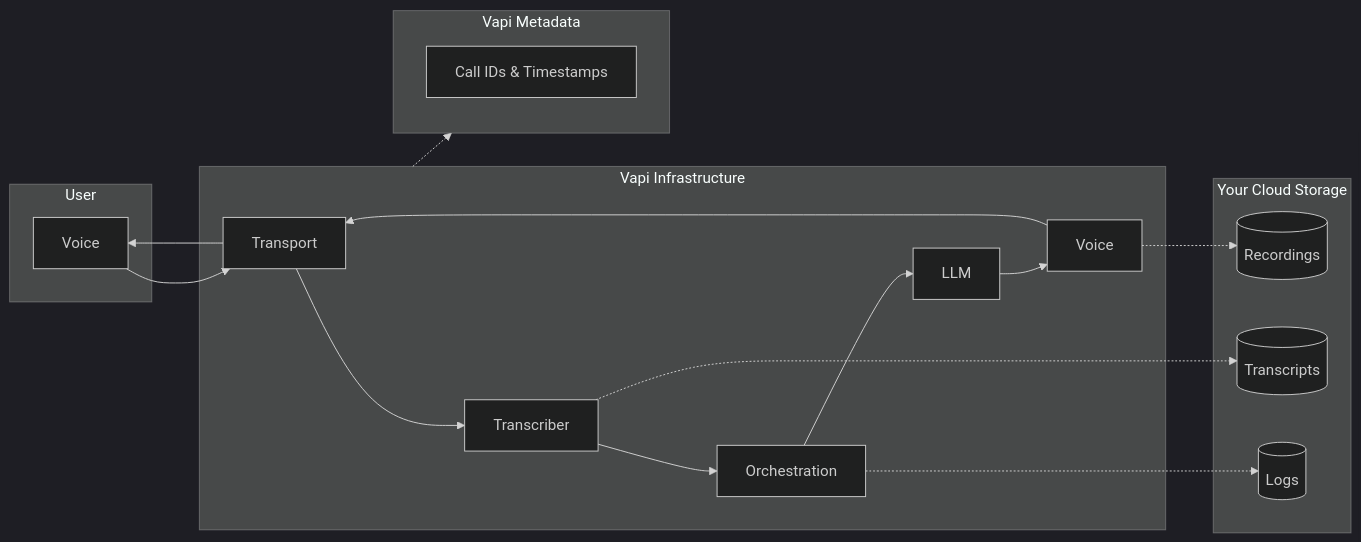
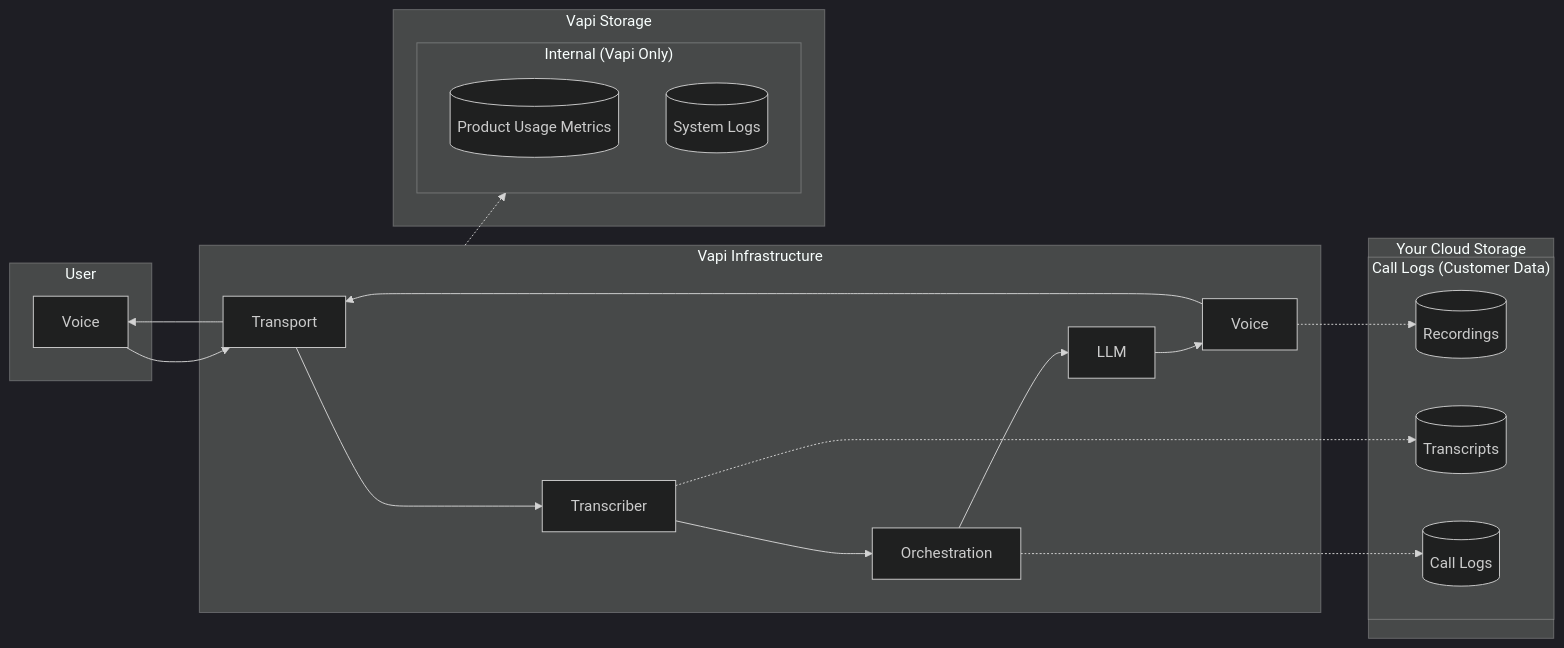
Before and after one commit to VapiAI/docs: the third of 4 diagrams in fern/security-and-privacy/data-flow.mdx, drawn with Mermaid (dark theme). The commit also changed other lines of this file, not shown here.

````diff
--- a/fern/security-and-privacy/data-flow.mdx
+++ b/fern/security-and-privacy/data-flow.mdx
@@ -187,30 +211,35 @@
 ```mermaid
 flowchart LR
     subgraph User["User"]
         A[Voice]
     end
     
     subgraph Vapi["Vapi Infrastructure"]
         T[Transport]
         STT[Transcriber]
         O[Orchestration]
         LLM[LLM]
         TTS[Voice]
     end
     
     subgraph Customer["Your Cloud Storage"]
-        R[(Recordings)]
-        TR[(Transcripts)]
-        L[(Logs)]
+        subgraph CustomerCallData["Call Logs (Customer Data)"]
+            R[(Recordings)]
+            TR[(Transcripts)]
+            L[(Call Logs)]
+        end
     end
     
-    subgraph VapiMin["Vapi Metadata"]
-        M[Call IDs & Timestamps]
+    subgraph VapiStorage["Vapi Storage"]
+        subgraph InternalData["Internal (Vapi Only)"]
+            M[(Product Usage Metrics)]
+            SL[(System Logs)]
+        end
     end
     
     A --> T --> STT --> O --> LLM --> TTS --> T --> A
     STT -.-> TR
     TTS -.-> R
     O -.-> L
-    Vapi -.-> VapiMin
+    Vapi -.-> InternalData
 ```
````
